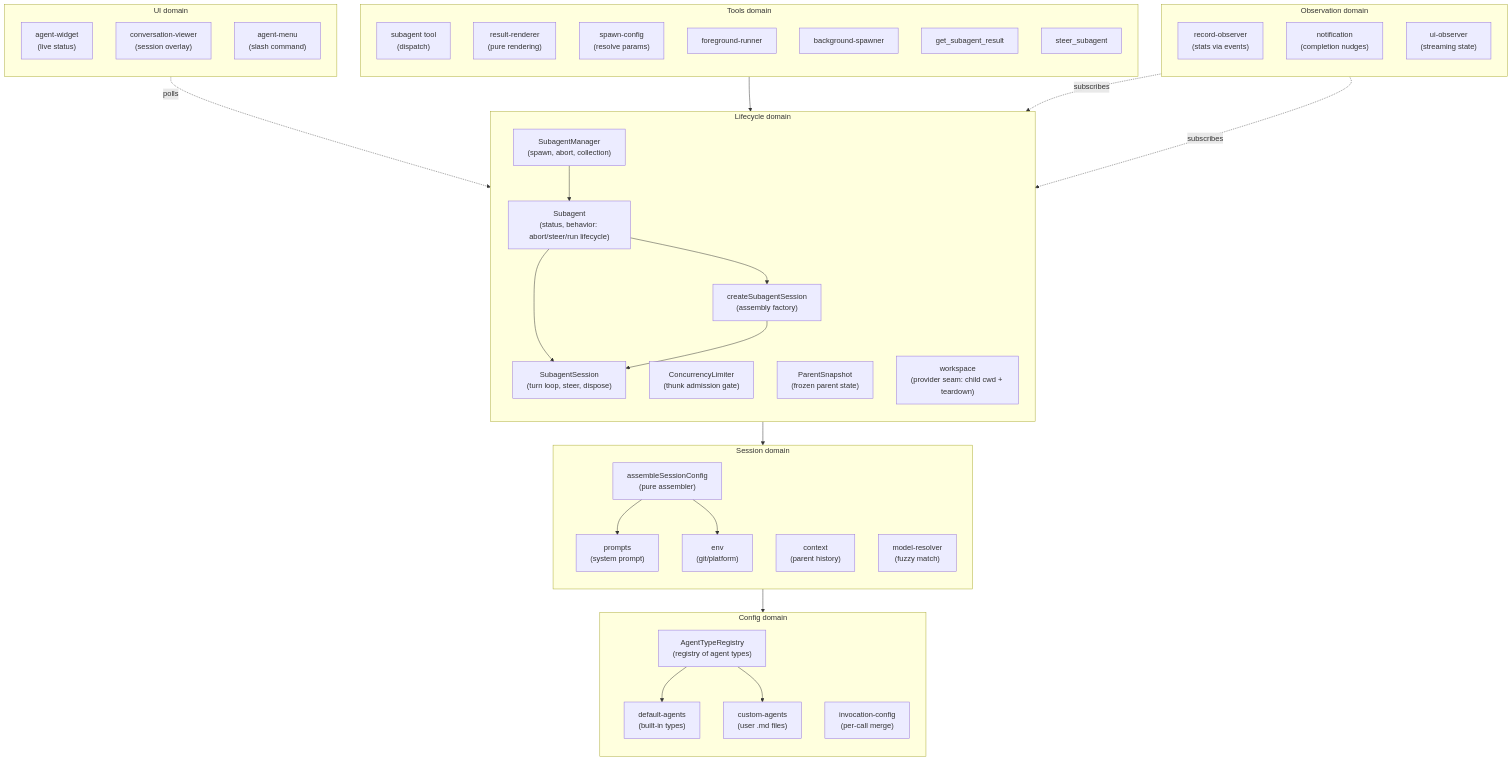
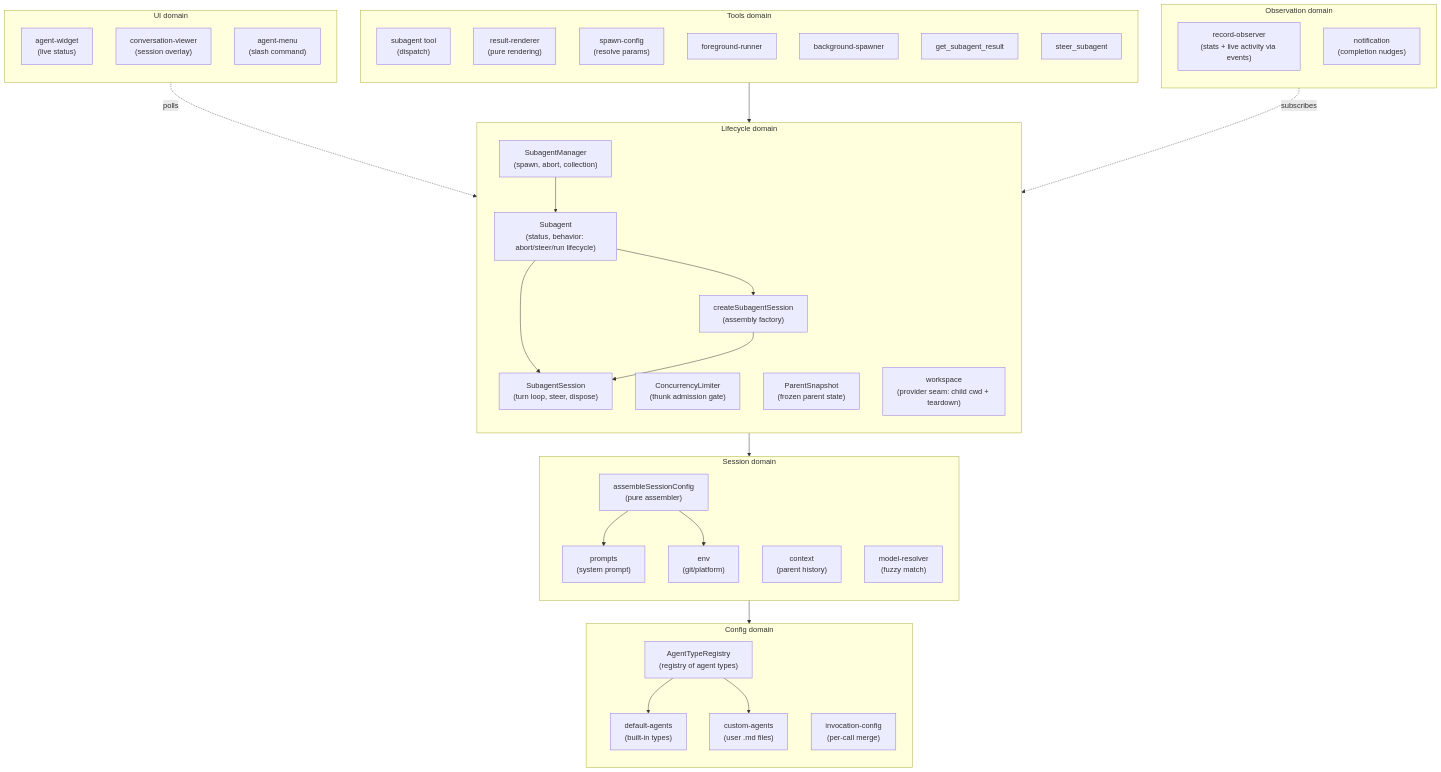
The first of 6 diagrams in docs/architecture/architecture.md (ttdua/pi-subagents), drawn with Mermaid before and after one commit. The commit also changed other lines of this file, not shown here.

Commit message:
docs: mark Phase 18 Step 3 complete and remove activity-tier references (#422)

````diff
--- a/docs/architecture/architecture.md
+++ b/docs/architecture/architecture.md
@@ -34,67 +34,65 @@
 ```mermaid
 flowchart TB
     subgraph config["Config domain"]
         direction TB
         AgentTypeRegistry["AgentTypeRegistry<br/>(registry of agent types)"]
         DefaultAgents["default-agents<br/>(built-in types)"]
         CustomAgents["custom-agents<br/>(user .md files)"]
         InvocationConfig["invocation-config<br/>(per-call merge)"]
     end
 
     subgraph session["Session domain"]
         direction TB
         SessionConfig["assembleSessionConfig<br/>(pure assembler)"]
         Prompts["prompts<br/>(system prompt)"]
         Context["context<br/>(parent history)"]
         Env["env<br/>(git/platform)"]
         ModelResolver["model-resolver<br/>(fuzzy match)"]
     end
 
     subgraph lifecycle["Lifecycle domain"]
         direction TB
         SubagentManager["SubagentManager<br/>(spawn, abort, collection)"]
         ConcurrencyLimiter["ConcurrencyLimiter<br/>(thunk admission gate)"]
         CreateSubagentSession["createSubagentSession<br/>(assembly factory)"]
         SubagentSession["SubagentSession<br/>(turn loop, steer, dispose)"]
         Subagent["Subagent<br/>(status, behavior: abort/steer/run lifecycle)"]
         ParentSnapshot["ParentSnapshot<br/>(frozen parent state)"]
         Workspace["workspace<br/>(provider seam: child cwd + teardown)"]
     end
 
     subgraph observation["Observation domain"]
         direction TB
-        RecordObserver["record-observer<br/>(stats via events)"]
+        RecordObserver["record-observer<br/>(stats + live activity via events)"]
         Notification["notification<br/>(completion nudges)"]
-        UIObserver["ui-observer<br/>(streaming state)"]
     end
 
     subgraph tools["Tools domain"]
         direction TB
         AgentTool["subagent tool<br/>(dispatch)"]
         ResultRenderer["result-renderer<br/>(pure rendering)"]
         SpawnConfig["spawn-config<br/>(resolve params)"]
         FgRunner["foreground-runner"]
         BgSpawner["background-spawner"]
         GetResult["get_subagent_result"]
         Steer["steer_subagent"]
     end
 
     subgraph ui["UI domain"]
         direction TB
         Widget["agent-widget<br/>(live status)"]
         ConvViewer["conversation-viewer<br/>(session overlay)"]
         Menu["agent-menu<br/>(slash command)"]
     end
 
     AgentTool --> SubagentManager
     SubagentManager --> Subagent
     Subagent --> CreateSubagentSession & SubagentSession
     CreateSubagentSession --> SubagentSession
     CreateSubagentSession --> SessionConfig
     SessionConfig --> AgentTypeRegistry
     SessionConfig --> Prompts & Env
     AgentTypeRegistry --> DefaultAgents & CustomAgents
     RecordObserver -.->|subscribes| SubagentSession
-    UIObserver -.->|subscribes| SubagentSession
     Widget -.->|polls| SubagentManager
 ```
````
